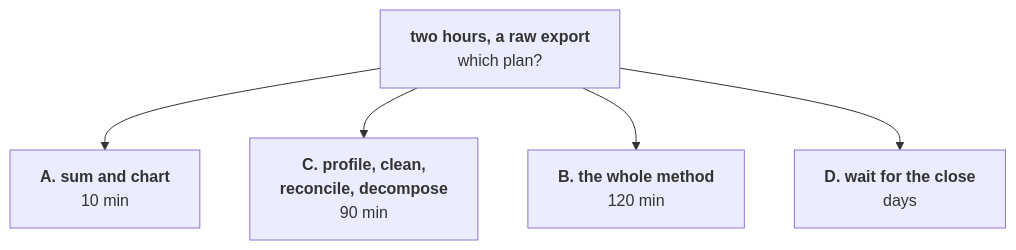
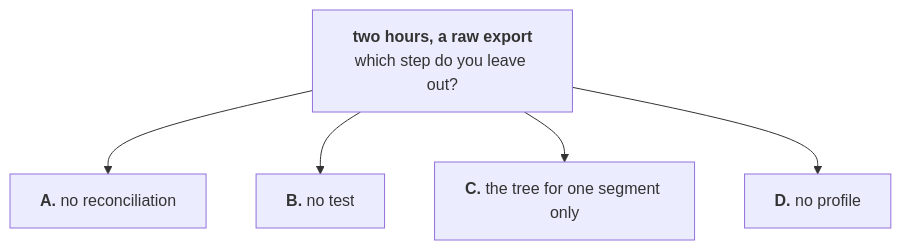
One commit to fde-academy-lab/c2-content-factory changed the fifth of 6 diagrams in content/W01/D5/slides/C2_W01_D05_rehearsal_STUDENT.md. Above: the diagram before and after it, drawn with Mermaid. The commit also changed other lines of this file and 4 other files, not shown here.

First line of the commit message:
W01 D5: rehearsal round one sums to 50 minutes with the modelled push inside it, the monsoon push is off pair one's list with its follow-ups in the key, 'half' where the brief said 'mostly', S12 names the Kahoot's four design calls, and crux line 4 keeps each customer's own two quarters together

````diff
--- a/content/W01/D5/slides/C2_W01_D05_rehearsal_STUDENT.md
+++ b/content/W01/D5/slides/C2_W01_D05_rehearsal_STUDENT.md
@@ -212,7 +213,7 @@
 ```mermaid
 flowchart TB
-    Q["<b>two hours, a raw export</b><br/>which plan?"] --> A["<b>A. sum and chart</b><br/>10 min"]
-    Q --> C["<b>C. profile, clean,<br/>reconcile, decompose</b><br/>90 min"]
-    Q --> B["<b>B. the whole method</b><br/>120 min"]
-    Q --> D["<b>D. wait for the close</b><br/>days"]
+    Q["<b>two hours, a raw export</b><br/>which step do you leave out?"] --> A["<b>A.</b> no reconciliation"]
+    Q --> B["<b>B.</b> no test"]
+    Q --> C["<b>C.</b> the tree for one segment only"]
+    Q --> D["<b>D.</b> no profile"]
 ```
````
